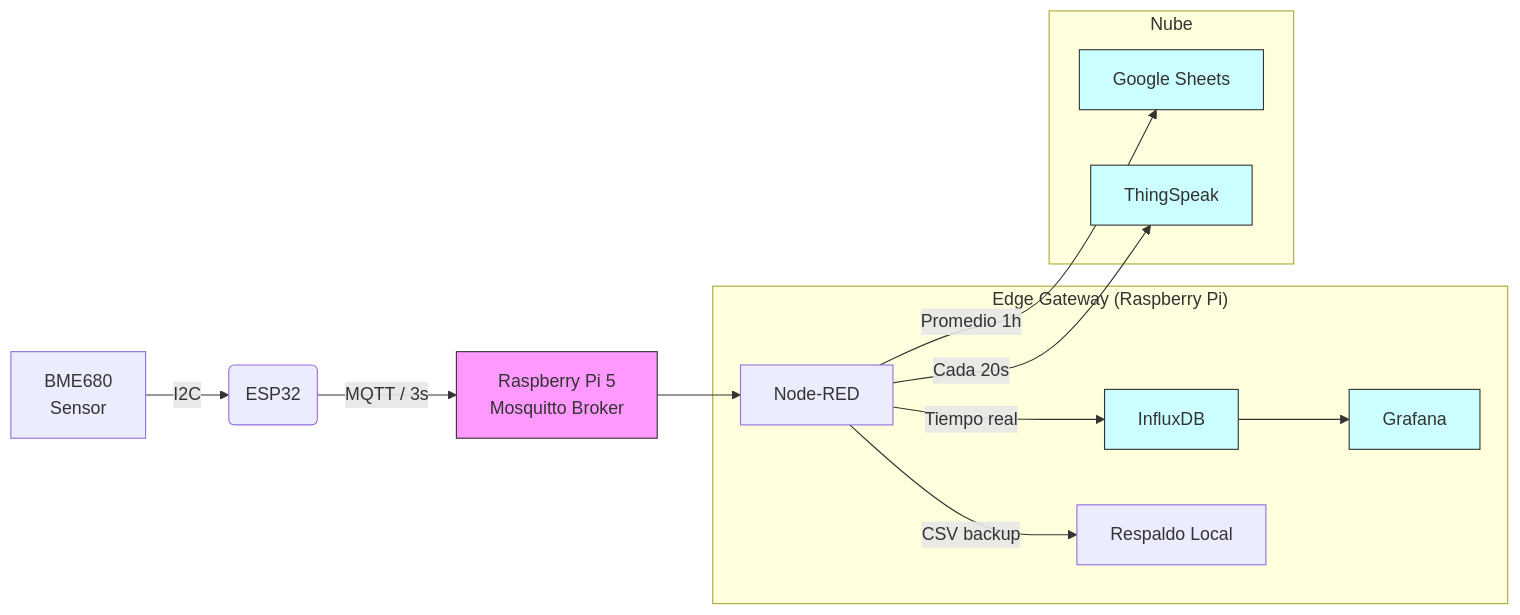
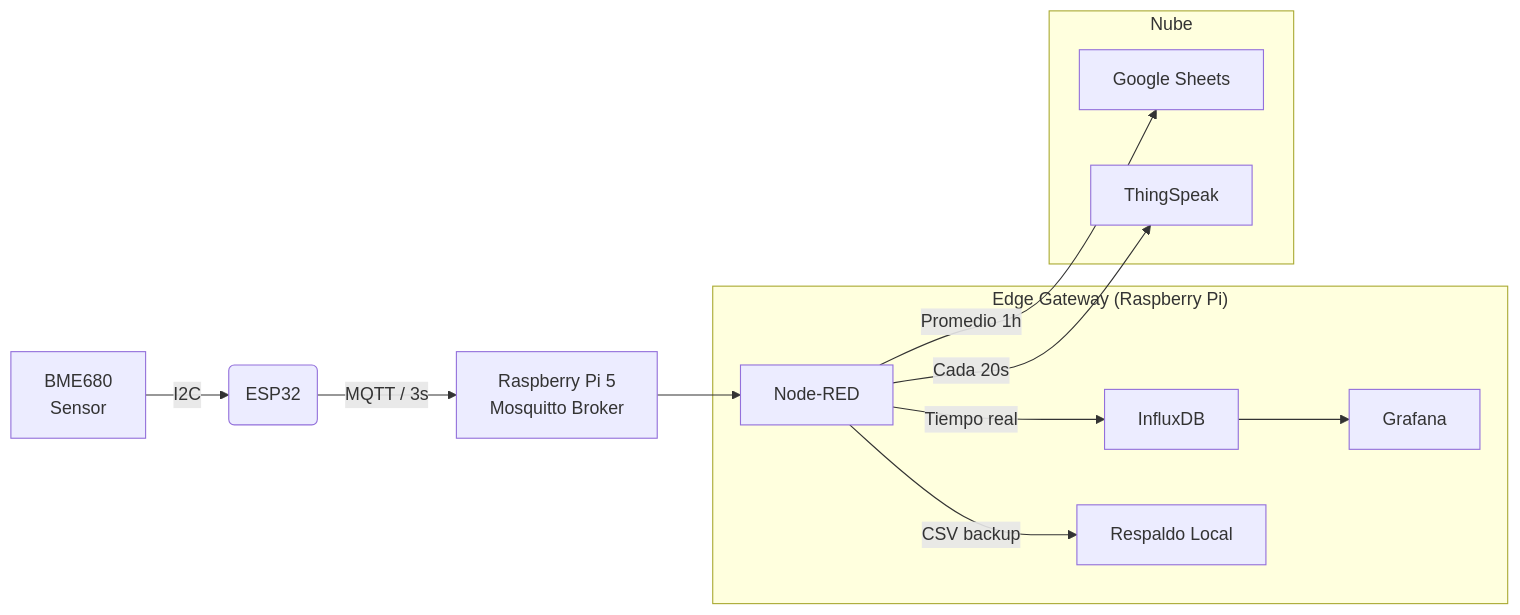
The diagram in README.md (JesPezz/EstacionMeteorologica), drawn with Mermaid before and after one commit. The commit also changed other lines of this file, not shown here.

````diff
--- a/README.md
+++ b/README.md
@@ -15,23 +25,17 @@
 ```mermaid
-%% Gráfico mejorado: sin etiquetas HTML, con saltos de línea y estilo
 graph LR
   A[BME680\nSensor] -->|I2C| B(ESP32)
   B -->|MQTT / 3s| C[Raspberry Pi 5\nMosquitto Broker]
   C --> D[Node-RED]
 
   subgraph EDGE["Edge Gateway (Raspberry Pi)"]
     D -->|Tiempo real| E[InfluxDB]
     E --> F[Grafana]
     D -->|CSV backup| G[Respaldo Local]
   end
 
   subgraph CLOUD["Nube"]
     D -->|Promedio 1h| H[Google Sheets]
     D -->|Cada 20s| I[ThingSpeak]
   end
-
-  classDef broker fill:#f9f,stroke:#333,stroke-width:1px;
-  class C broker;
-  classDef dbs fill:#cff,stroke:#333,stroke-width:1px;
-  class E,F,H,I dbs;
 ```
````
